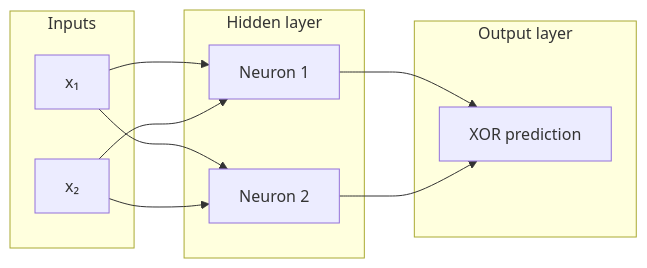
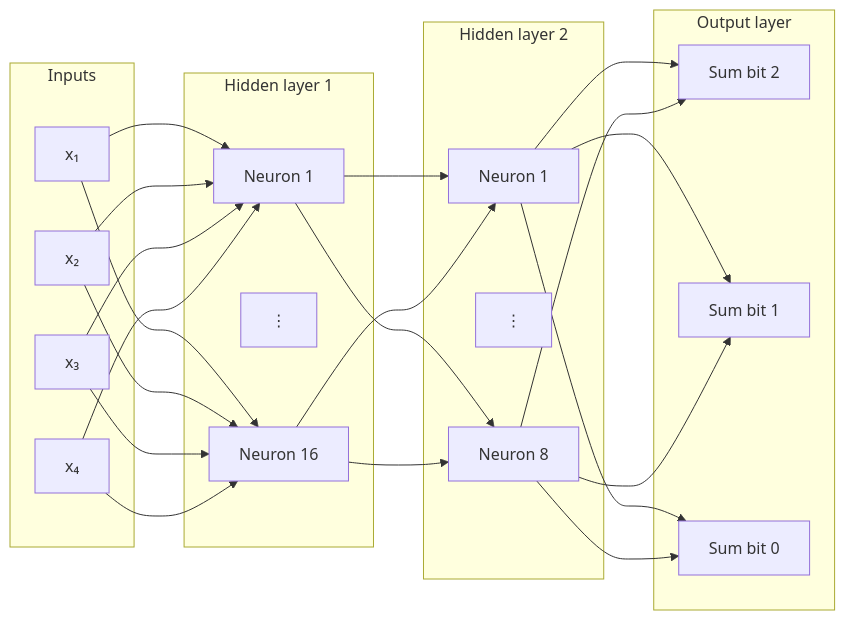
Before and after one commit to aileks/Brainlet: the diagram in README.md, drawn with Mermaid. The commit also changed other lines of this file and 1 other file, not shown here.

````diff
--- a/README.md
+++ b/README.md
@@ -9,18 +9,28 @@
 ```mermaid
 flowchart LR
     subgraph Inputs
         x1["x₁"]
         x2["x₂"]
+        x3["x₃"]
+        x4["x₄"]
     end
-    subgraph Hidden["Hidden layer"]
-        h1["Neuron 1"]
-        h2["Neuron 2"]
+    subgraph Hidden1["Hidden layer 1"]
+        h1_1["Neuron 1"]
+        h1_more["⋮"]
+        h1_16["Neuron 16"]
+    end
+    subgraph Hidden2["Hidden layer 2"]
+        h2_1["Neuron 1"]
+        h2_more["⋮"]
+        h2_8["Neuron 8"]
     end
     subgraph Output["Output layer"]
-        y["XOR prediction"]
+        y2["Sum bit 2"]
+        y1["Sum bit 1"]
+        y0["Sum bit 0"]
     end
 
-    x1 --> h1 & h2
-    x2 --> h1 & h2
-    h1 & h2 --> y
+    x1 & x2 & x3 & x4 --> h1_1 & h1_16
+    h1_1 & h1_16 --> h2_1 & h2_8
+    h2_1 & h2_8 --> y2 & y1 & y0
 ```
````
